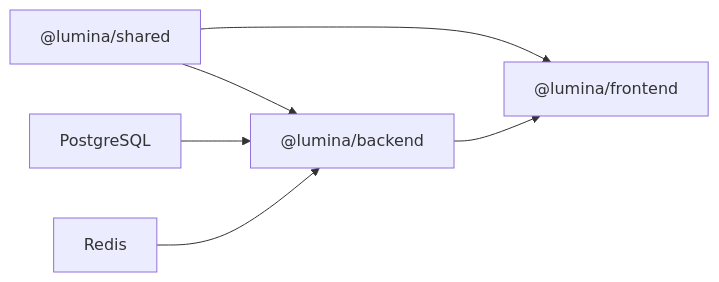
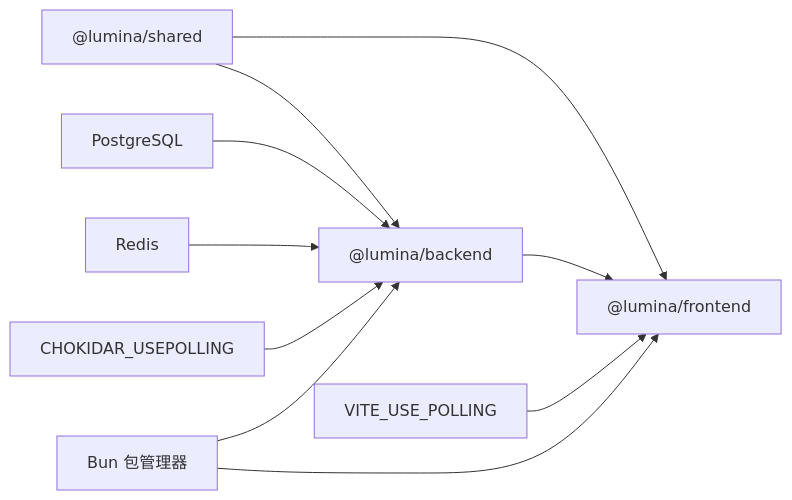
The sixth of 6 diagrams in .qoder/repowiki/zh/content/开发指南/开发环境搭建.md (xixixiaoyu/Todo), drawn with Mermaid before and after one commit. The commit also changed other lines of this file and 4 other files, not shown here.

````diff
--- a/.qoder/repowiki/zh/content/开发指南/开发环境搭建.md
+++ b/.qoder/repowiki/zh/content/开发指南/开发环境搭建.md
@@ -316,8 +389,12 @@
 ```mermaid
 graph LR
 Shared["@lumina/shared"] --> Backend["@lumina/backend"]
 Shared --> Frontend["@lumina/frontend"]
 Postgres["PostgreSQL"] --> Backend
 Redis["Redis"] --> Backend
 Backend --> Frontend
+VitePolling["VITE_USE_POLLING"] --> Frontend
+ChokidarPolling["CHOKIDAR_USEPOLLING"] --> Backend
+Bun["Bun 包管理器"] --> Frontend
+Bun --> Backend
 ```
````
